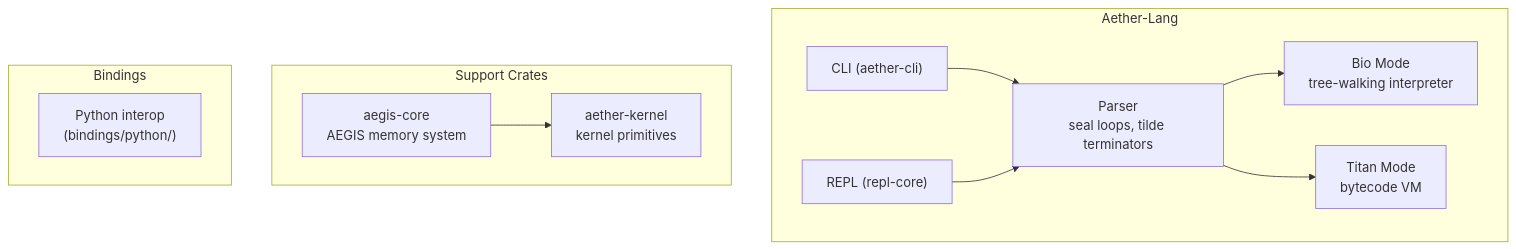
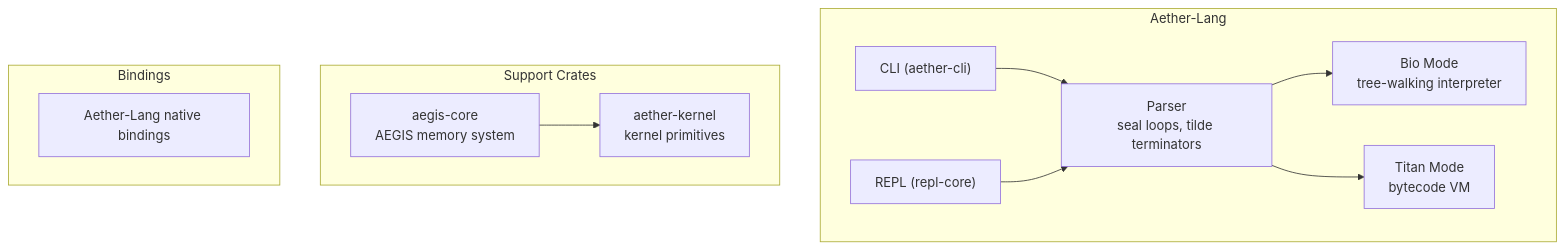
Before and after one commit to teerthsharma/Epsilon-Hollow: diagram 17 of 18 in README.md, drawn with Mermaid. The commit also changed other lines of this file and 295 other files, not shown here.

````diff
--- a/README.md
+++ b/README.md
@@ -1158,24 +1173,24 @@
 ```mermaid
 graph TD
     subgraph "Aether-Lang"
         PARSE["Parser<br/>seal loops, tilde terminators"]
         BIO["Bio Mode<br/>tree-walking interpreter"]
         TITAN["Titan Mode<br/>bytecode VM"]
         REPL["REPL (repl-core)"]
         CLI["CLI (aether-cli)"]
     end
 
     subgraph "Support Crates"
         AEGIS["aegis-core<br/>AEGIS memory system"]
         KERNEL["aether-kernel<br/>kernel primitives"]
     end
 
     subgraph "Bindings"
-        PY["Python interop<br/>(bindings/python/)"]
+        AETHER_BIND["Aether-Lang native bindings"]
     end
 
     PARSE --> BIO & TITAN
     CLI --> PARSE
     REPL --> PARSE
     AEGIS --> KERNEL
 ```
````
